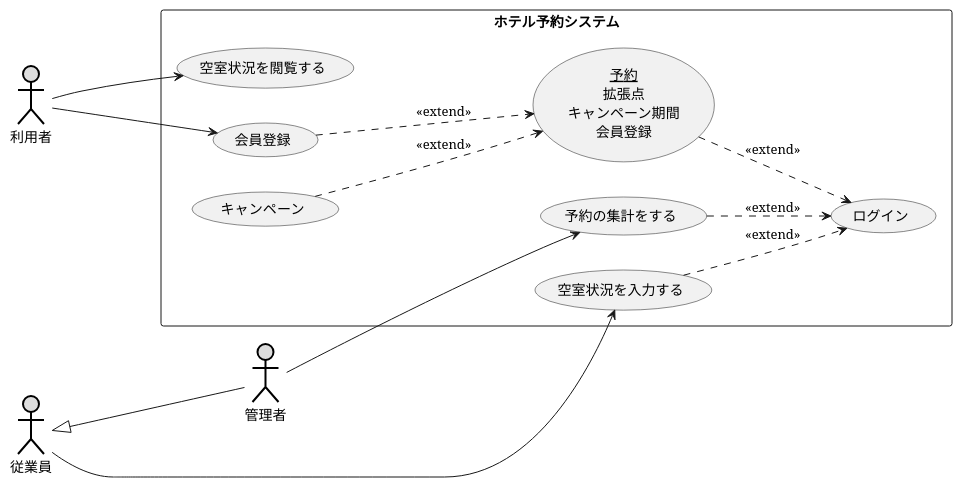
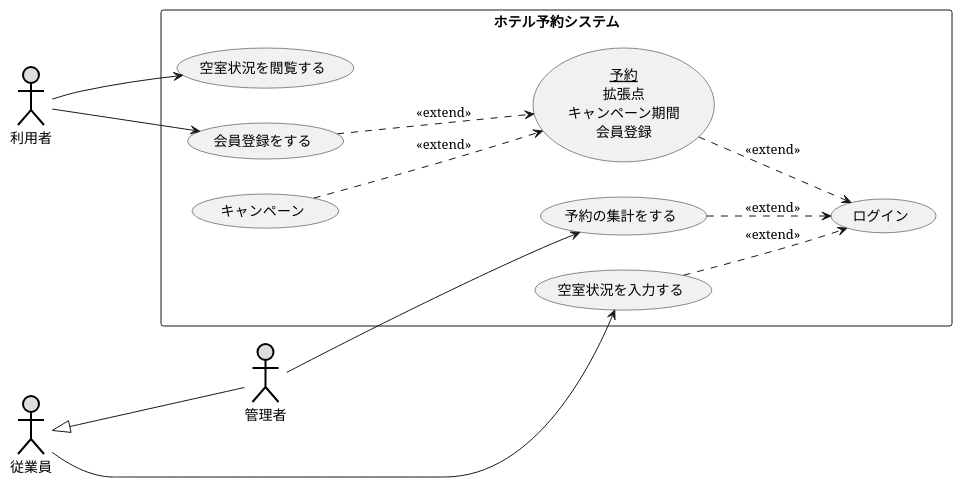
One commit to itouayumu/uml-introduction- changed the diagram in 演習2-8_UC_ホテル予約システム.pu. Above: the diagram before and after it, drawn with PlantUML.

Commit message:
演習

```diff
--- a/演習2-8_UC_ホテル予約システム.pu
+++ b/演習2-8_UC_ホテル予約システム.pu
@@ -1,28 +1,28 @@
 @startuml ユースケース図
 left to right direction
 
      actor 利用者 as u1 #DDDDDD;line:black;line.bold;
      actor 従業員 as u2 #DDDDDD;line:black;line.bold;
      actor 管理者 as u3 #DDDDDD;line:black;line.bold;
 
 rectangle ホテル予約システム {
 usecase 空室状況を閲覧する as a1
 usecase 予約の集計をする as a4
-usecase 会員登録 as a5
+usecase 会員登録をする as a5
 usecase (<u>予約</u>\n拡張点\nキャンペーン期間\n会員登録) as a6
 usecase ログイン as a7
 usecase 空室状況を入力する as a3
 usecase キャンペーン as a8
 }
 u1--->a5
 a8 ...>(a6) : <<extend>>
 u1--->a1
 u2<|---u3
 u3--->a4
 u2-->a3
 a5 ...>(a6) : <<extend>>
 a6 ..>(a7) : <<extend>>
 a4 ..>(a7) : <<extend>>
 a3 ..>(a7) : <<extend>>
 
 @enduml
```
